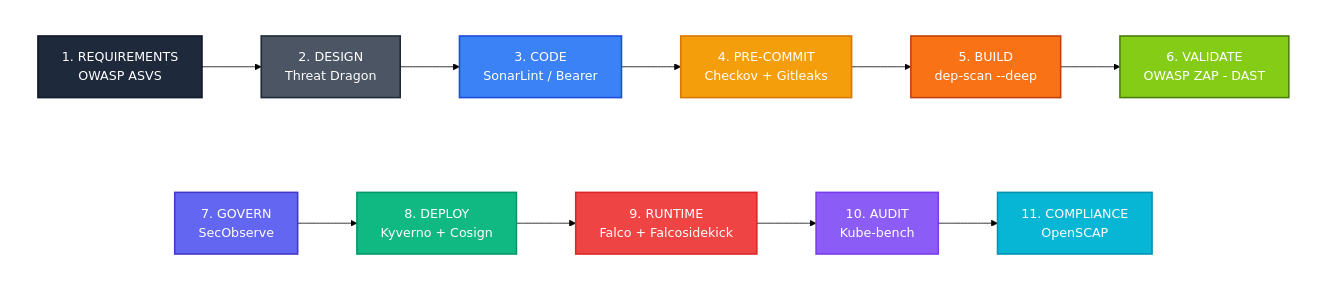
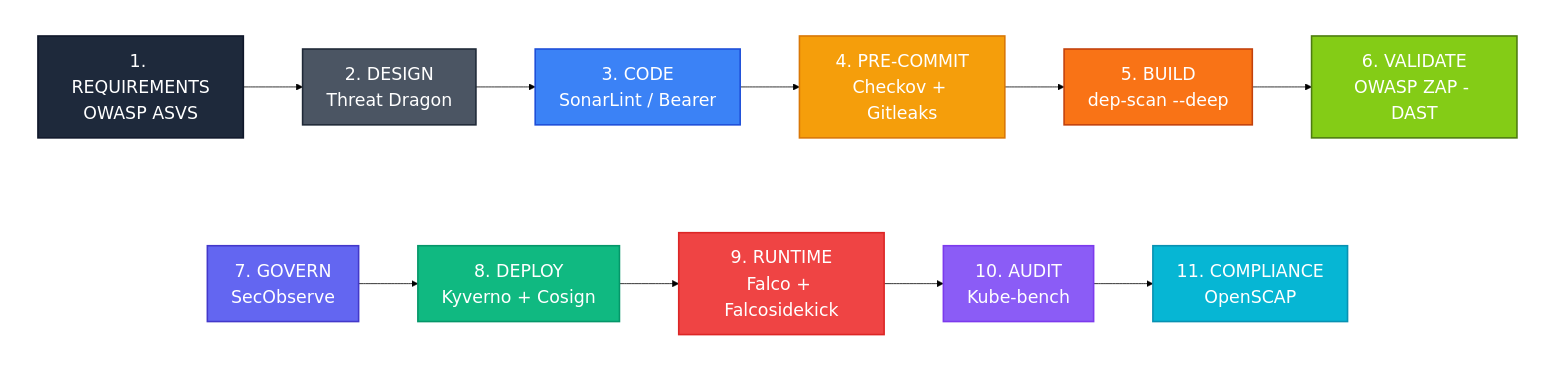
The first of 3 diagrams in test-guide.md (dimk1301/Guides), drawn with Mermaid (forest theme) before and after one commit.

````diff
--- a/test-guide.md
+++ b/test-guide.md
@@ -25,30 +25,36 @@
 ```mermaid
 flowchart TD
+    %% Define a custom class with your target font size
+    classDef bigText font-size:22px;
+
     subgraph Row1 [" "]
         direction LR
         1[1. REQUIREMENTS<br/>OWASP ASVS] --> 2[2. DESIGN<br/>Threat Dragon] --> 3[3. CODE<br/>SonarLint / Bearer] --> 4[4. PRE-COMMIT<br/>Checkov + Gitleaks] --> 5[5. BUILD<br/>dep-scan --deep] --> 6[6. VALIDATE<br/>OWASP ZAP - DAST]
     end
 
     Row1 ~~~ Row2
 
     subgraph Row2 [" "]
         direction LR
         7[7. GOVERN<br/>SecObserve] --> 8[8. DEPLOY<br/>Kyverno + Cosign] --> 9[9. RUNTIME<br/>Falco + Falcosidekick] --> 10[10. AUDIT<br/>Kube-bench] --> 11[11. COMPLIANCE<br/>OpenSCAP]
     end
 
     style Row1 fill:none,stroke:none
     style Row2 fill:none,stroke:none
 
+    %% Apply the custom class to all nodes
+    class 1,2,3,4,5,6,7,8,9,10,11 bigText;
+
     style 1 fill:#1E293B,stroke:#0F172A,stroke-width:2px,color:#fff
     style 2 fill:#4B5563,stroke:#1F2937,stroke-width:2px,color:#fff
     style 3 fill:#3B82F6,stroke:#1D4ED8,stroke-width:2px,color:#fff
     style 4 fill:#F59E0B,stroke:#D97706,stroke-width:2px,color:#fff
     style 5 fill:#F97316,stroke:#C2410C,stroke-width:2px,color:#fff
     style 6 fill:#84CC16,stroke:#4D7C0F,stroke-width:2px,color:#fff
     style 7 fill:#6366F1,stroke:#4338CA,stroke-width:2px,color:#fff
     style 8 fill:#10B981,stroke:#059669,stroke-width:2px,color:#fff
     style 9 fill:#EF4444,stroke:#DC2626,stroke-width:2px,color:#fff
     style 10 fill:#8B5CF6,stroke:#7C3AED,stroke-width:2px,color:#fff
     style 11 fill:#06B6D4,stroke:#0891B2,stroke-width:2px,color:#fff
 
 ```
````
